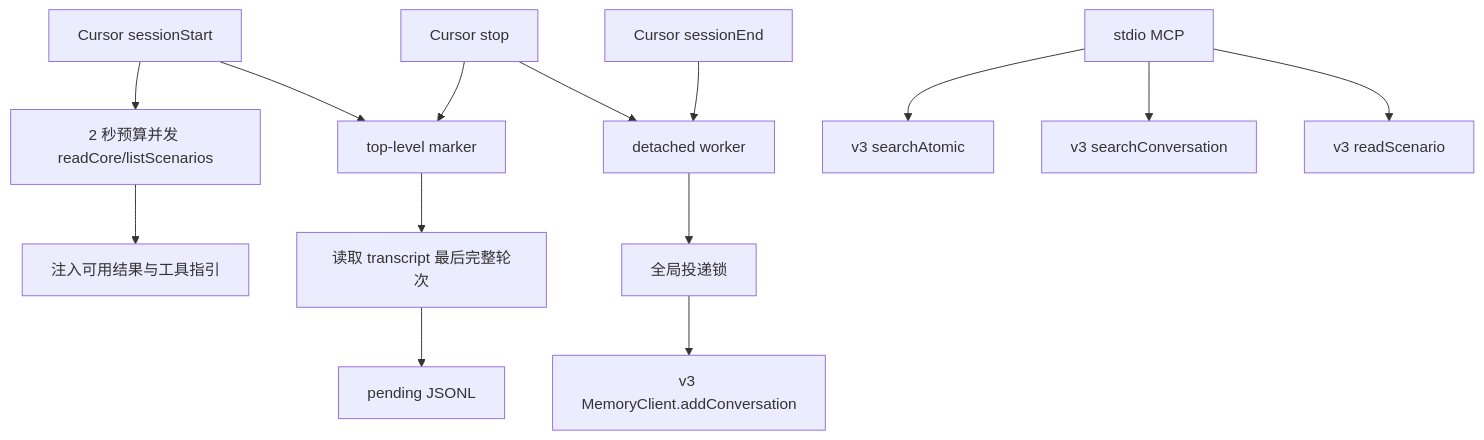
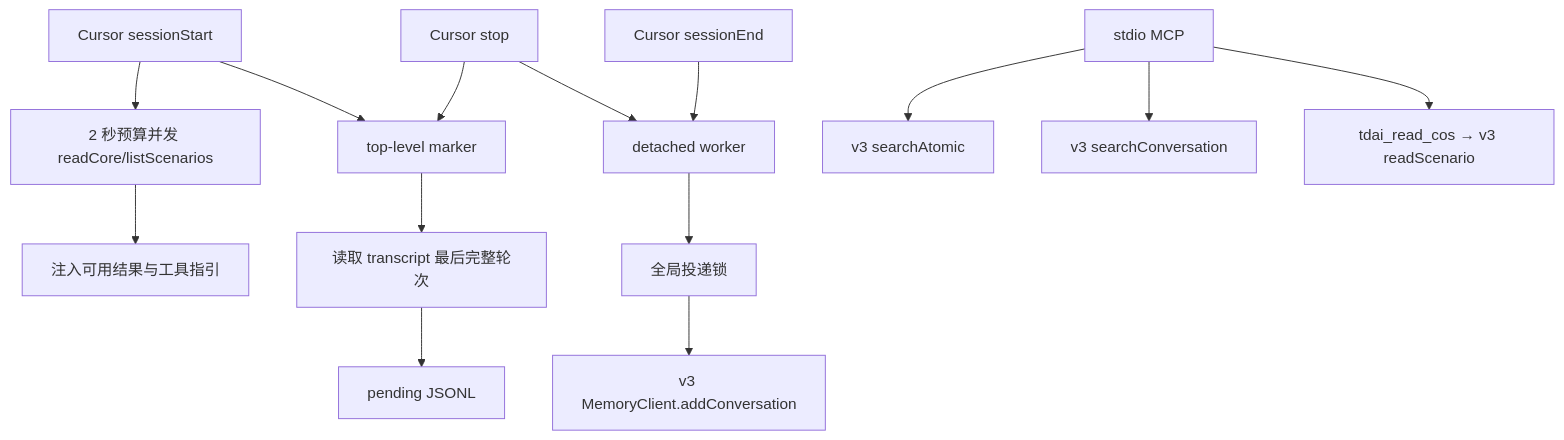
One commit to TencentCloud/TencentDB-Agent-Memory changed the diagram in docs/cursor-server-team/spec.md. Above: the diagram before and after it, drawn with Mermaid. The commit also changed other lines of this file and 3 other files, not shown here.

````diff
--- a/docs/cursor-server-team/spec.md
+++ b/docs/cursor-server-team/spec.md
@@ -62,16 +62,16 @@
 ```mermaid
 flowchart TD
   SS[Cursor sessionStart] --> M[top-level marker]
   SS --> C[2 秒预算并发 readCore/listScenarios]
   C --> I[注入可用结果与工具指引]
   ST[Cursor stop] --> M
   M --> T[读取 transcript 最后完整轮次]
   T --> P[pending JSONL]
   ST --> W[detached worker]
   SE[Cursor sessionEnd] --> W
   W --> L[全局投递锁]
   L --> V3[v3 MemoryClient.addConversation]
   MCP[stdio MCP] --> Q1[v3 searchAtomic]
   MCP --> Q0[v3 searchConversation]
-  MCP --> Q2[v3 readScenario]
+  MCP --> Q2[tdai_read_cos → v3 readScenario]
 ```
````
